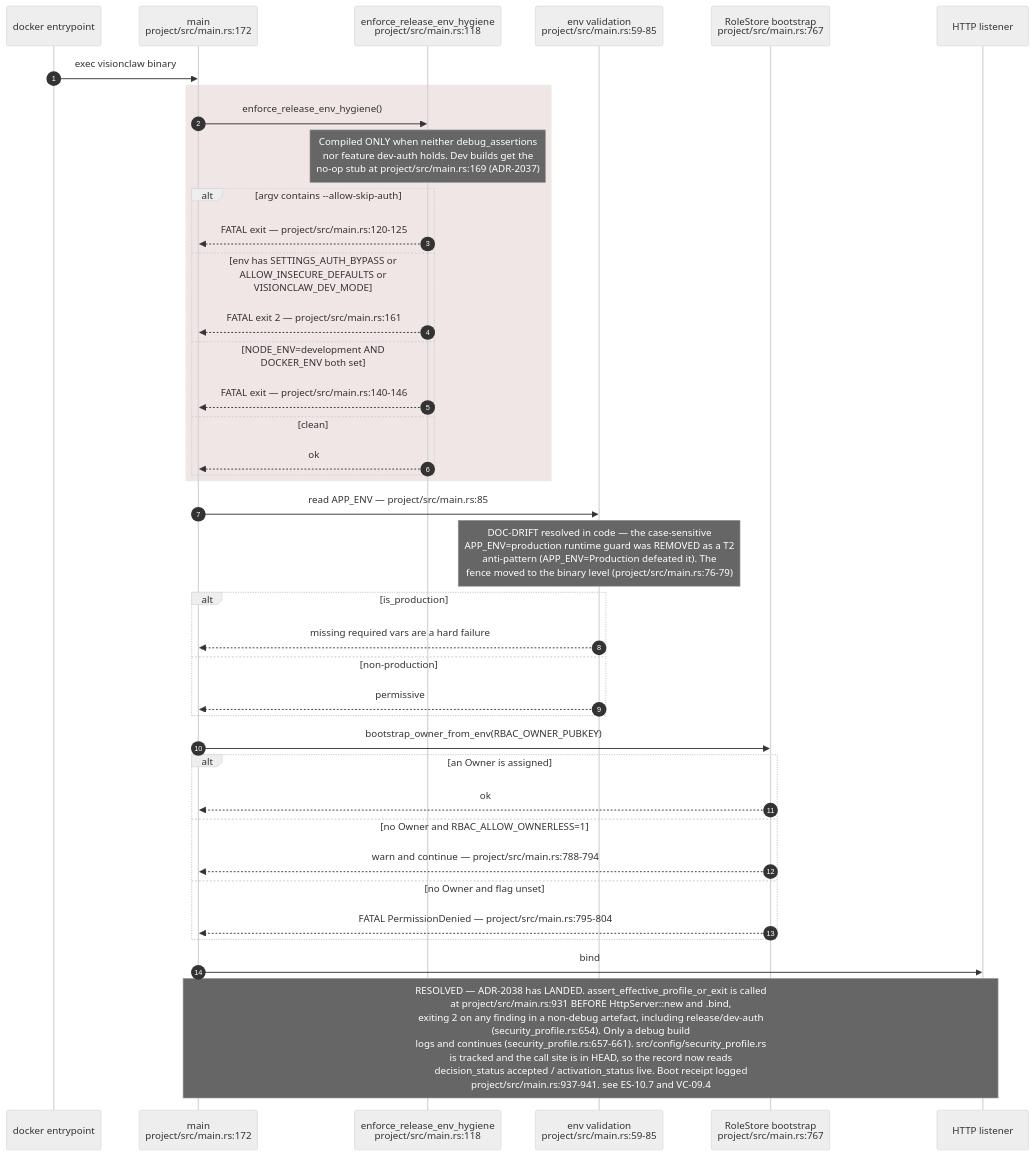
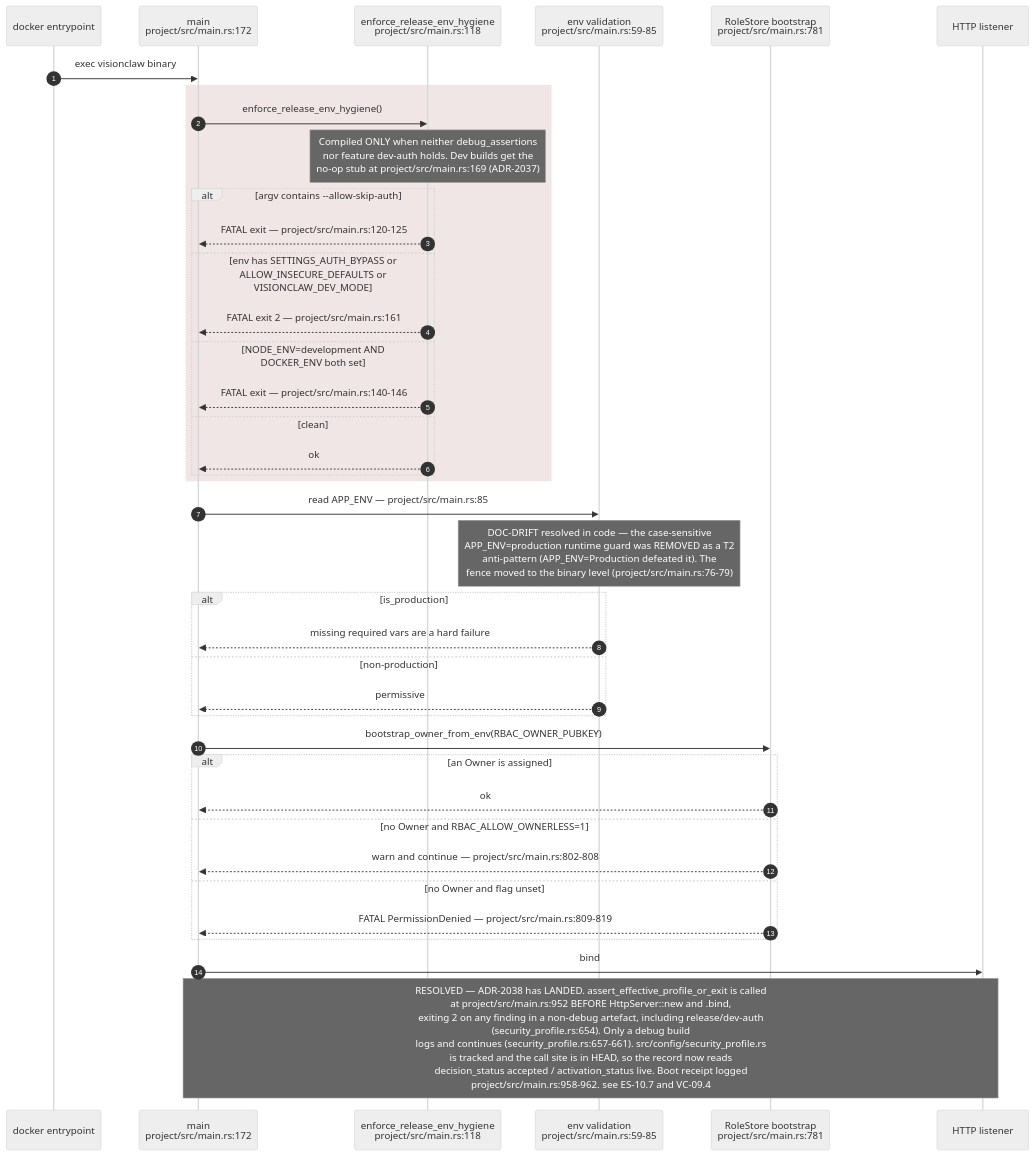
The second of 11 diagrams in docs/diagrams/estate/10-deployment-and-security-profiles.md (DreamLab-AI/VisionFlow), drawn with Mermaid (neutral theme) before and after one commit. The commit also changed other lines of this file and 160 other files, not shown here.

````diff
--- a/docs/diagrams/estate/10-deployment-and-security-profiles.md
+++ b/docs/diagrams/estate/10-deployment-and-security-profiles.md
@@ -97,42 +99,42 @@
 ```mermaid
 sequenceDiagram
     autonumber
     participant OS as docker entrypoint
     participant M as main<br/>project/src/main.rs:172
     participant EH as enforce_release_env_hygiene<br/>project/src/main.rs:118
     participant EV as env validation<br/>project/src/main.rs:59-85
-    participant RS as RoleStore bootstrap<br/>project/src/main.rs:767
+    participant RS as RoleStore bootstrap<br/>project/src/main.rs:781
     participant L as HTTP listener
 
     OS->>M: exec visionclaw binary
     rect rgb(240,230,230)
     M->>EH: enforce_release_env_hygiene()
     Note over EH: Compiled ONLY when neither debug_assertions<br/>nor feature dev-auth holds. Dev builds get the<br/>no-op stub at project/src/main.rs:169 (ADR-2037)
     alt argv contains --allow-skip-auth
         EH-->>M: FATAL exit — project/src/main.rs:120-125
     else env has SETTINGS_AUTH_BYPASS or ALLOW_INSECURE_DEFAULTS or VISIONCLAW_DEV_MODE
         EH-->>M: FATAL exit 2 — project/src/main.rs:161
     else NODE_ENV=development AND DOCKER_ENV both set
         EH-->>M: FATAL exit — project/src/main.rs:140-146
     else clean
         EH-->>M: ok
     end
     end
     M->>EV: read APP_ENV — project/src/main.rs:85
     Note over EV: DOC-DRIFT resolved in code — the case-sensitive<br/>APP_ENV=production runtime guard was REMOVED as a T2<br/>anti-pattern (APP_ENV=Production defeated it). The<br/>fence moved to the binary level (project/src/main.rs:76-79)
     alt is_production
         EV-->>M: missing required vars are a hard failure
     else non-production
         EV-->>M: permissive
     end
     M->>RS: bootstrap_owner_from_env(RBAC_OWNER_PUBKEY)
     alt an Owner is assigned
         RS-->>M: ok
     else no Owner and RBAC_ALLOW_OWNERLESS=1
-        RS-->>M: warn and continue — project/src/main.rs:788-794
+        RS-->>M: warn and continue — project/src/main.rs:802-808
     else no Owner and flag unset
-        RS-->>M: FATAL PermissionDenied — project/src/main.rs:795-804
+        RS-->>M: FATAL PermissionDenied — project/src/main.rs:809-819
     end
     M->>L: bind
-    Note over M,L: RESOLVED — ADR-2038 has LANDED. assert_effective_profile_or_exit is called<br/>at project/src/main.rs:931 BEFORE HttpServer::new and .bind,<br/>exiting 2 on any finding in a non-debug artefact, including release/dev-auth<br/>(security_profile.rs:654). Only a debug build<br/>logs and continues (security_profile.rs:657-661). src/config/security_profile.rs<br/>is tracked and the call site is in HEAD, so the record now reads<br/>decision_status accepted / activation_status live. Boot receipt logged<br/>project/src/main.rs:937-941. see ES-10.7 and VC-09.4
+    Note over M,L: RESOLVED — ADR-2038 has LANDED. assert_effective_profile_or_exit is called<br/>at project/src/main.rs:952 BEFORE HttpServer::new and .bind,<br/>exiting 2 on any finding in a non-debug artefact, including release/dev-auth<br/>(security_profile.rs:654). Only a debug build<br/>logs and continues (security_profile.rs:657-661). src/config/security_profile.rs<br/>is tracked and the call site is in HEAD, so the record now reads<br/>decision_status accepted / activation_status live. Boot receipt logged<br/>project/src/main.rs:958-962. see ES-10.7 and VC-09.4
 ```
````
